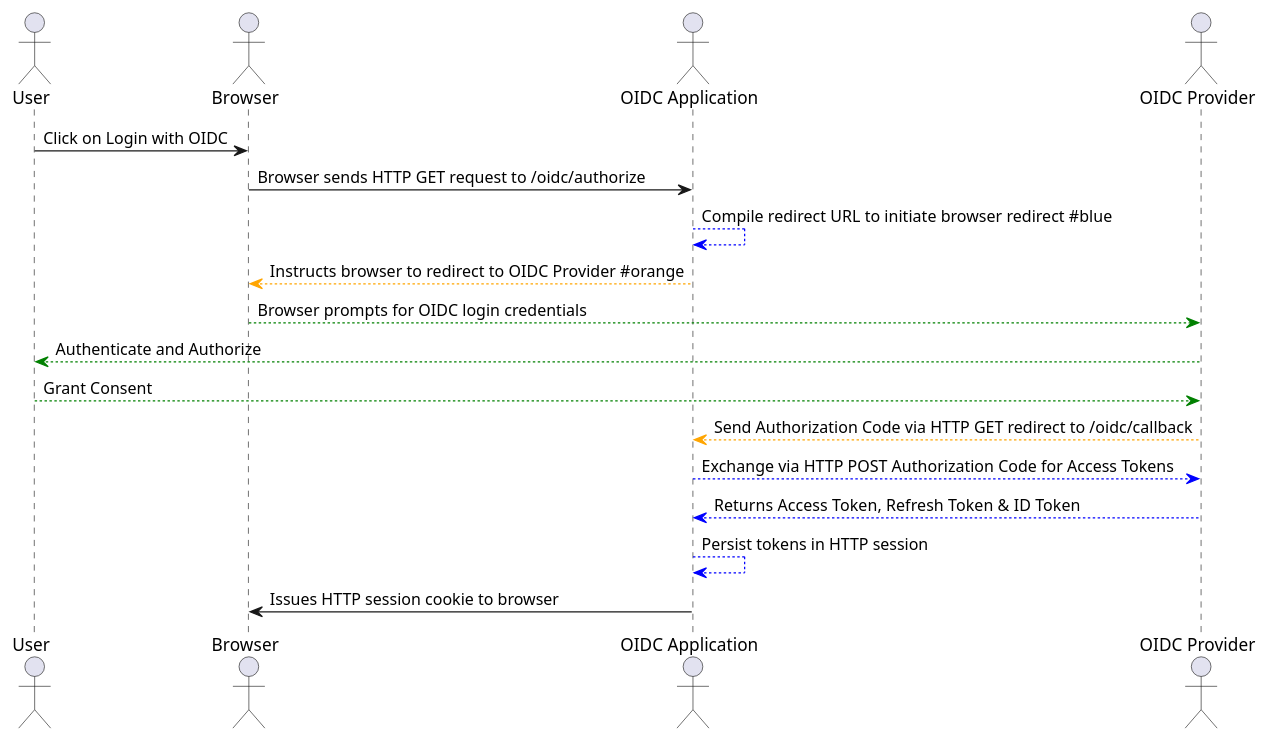
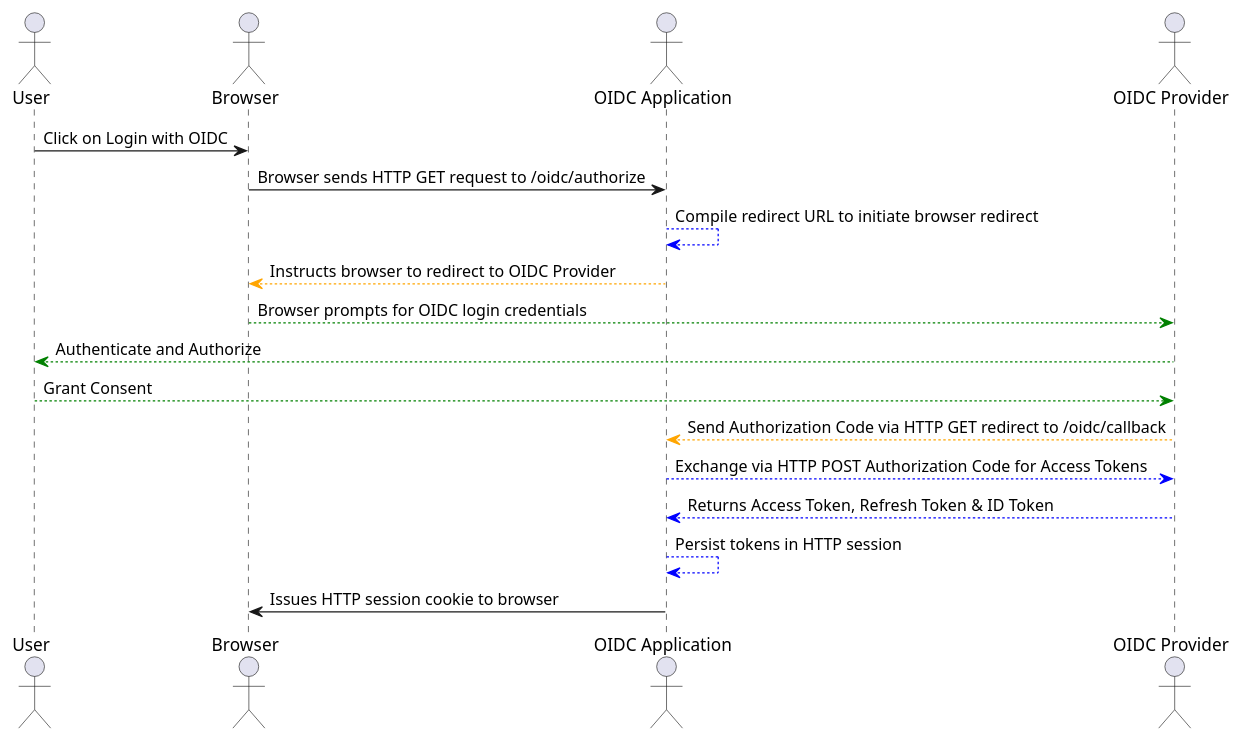
The diagram in docs/uml/initial-oidc-flow.plantuml (jeanbritz/keycloak-playground), drawn with PlantUML before and after one commit.

Commit message:
Fix PlantUML diagram

```diff
--- a/docs/uml/initial-oidc-flow.plantuml
+++ b/docs/uml/initial-oidc-flow.plantuml
@@ -1,20 +1,20 @@
 @startuml
 actor User
 actor Browser
 actor "OIDC Application" as OidcApplication
 actor "OIDC Provider" as OidcProvider
 
 
 User -> Browser : Click on Login with OIDC
 Browser -> OidcApplication : Browser sends HTTP GET request to /oidc/authorize
-OidcApplication -[#blue]-> OidcApplication: Compile redirect URL to initiate browser redirect #blue
-Browser <-[#orange]- OidcApplication: Instructs browser to redirect to OIDC Provider #orange
+OidcApplication -[#blue]-> OidcApplication: Compile redirect URL to initiate browser redirect
+Browser <-[#orange]- OidcApplication: Instructs browser to redirect to OIDC Provider
 Browser -[#green]-> OidcProvider: Browser prompts for OIDC login credentials
 User <-[#green]- OidcProvider : Authenticate and Authorize
 User -[#green]-> OidcProvider : Grant Consent
 OidcApplication <-[#orange]- OidcProvider : Send Authorization Code via HTTP GET redirect to /oidc/callback
 OidcApplication -[#blue]-> OidcProvider : Exchange via HTTP POST Authorization Code for Access Tokens
 OidcApplication <-[#blue]- OidcProvider : Returns Access Token, Refresh Token & ID Token
 OidcApplication -[#blue]-> OidcApplication : Persist tokens in HTTP session
 Browser <- OidcApplication : Issues HTTP session cookie to browser
 @enduml
```
